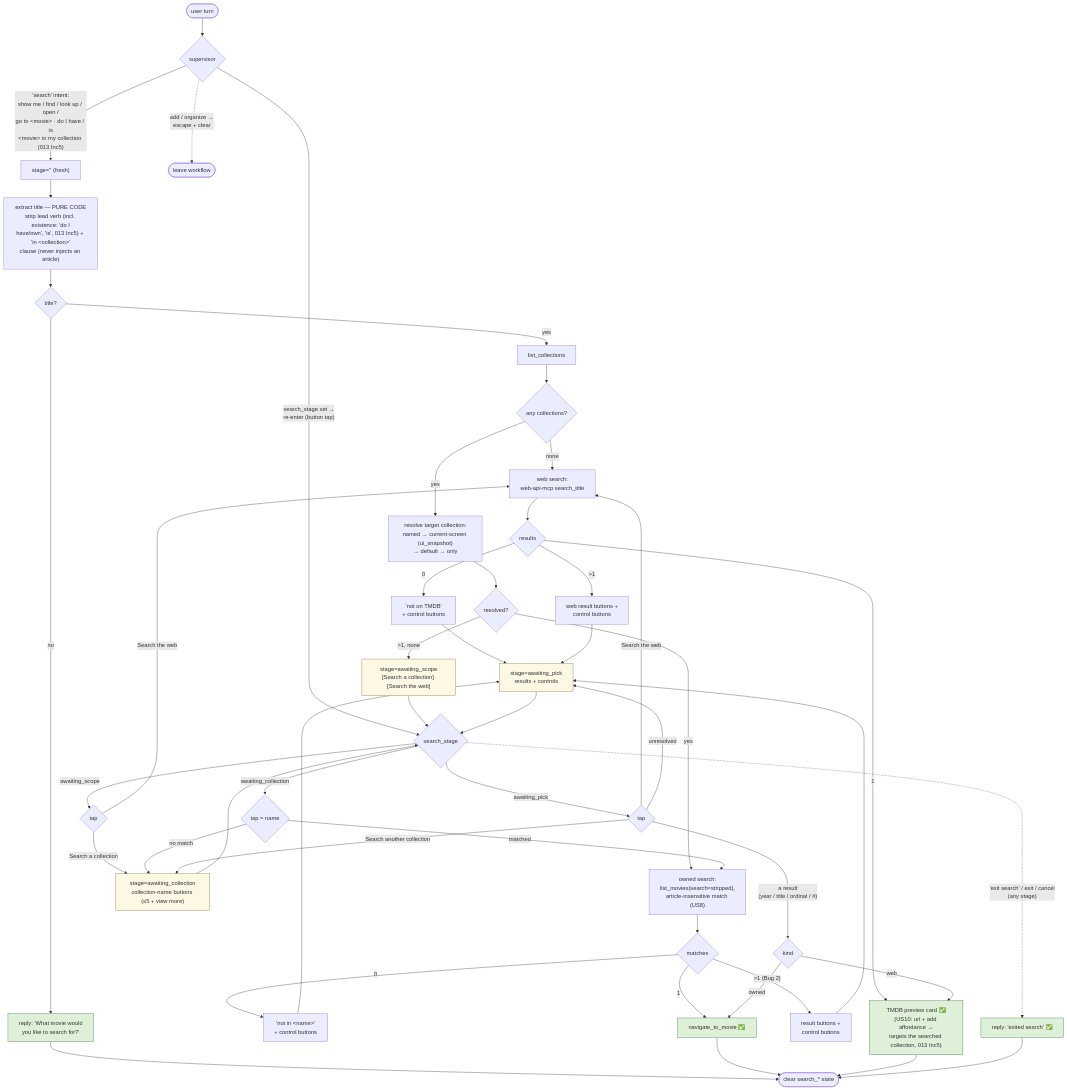
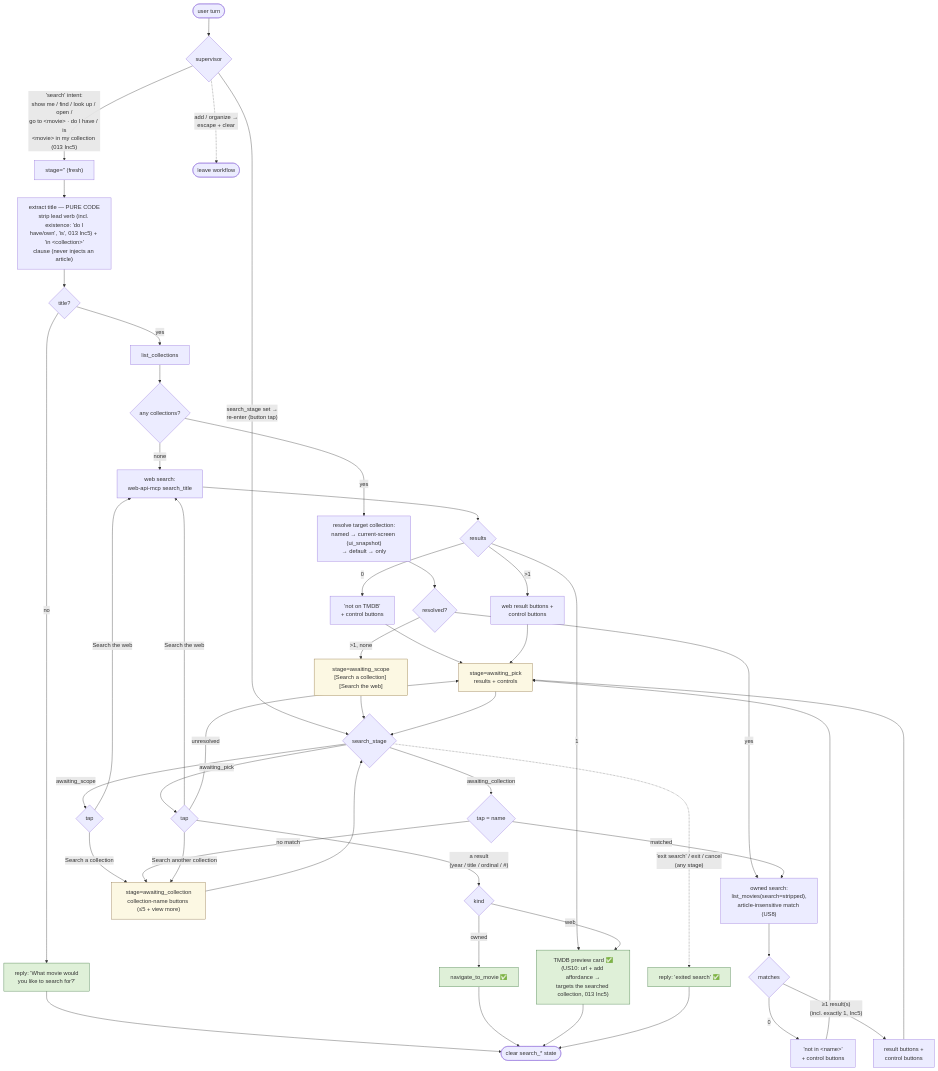
Before and after one commit to jumbleknot/MovieCollectionManager: the diagram in specs/013-post-agent-enhancements/search-workflow-state-machine.md, drawn with Mermaid. The commit also changed other lines of this file and 5 other files, not shown here.

First line of the commit message:
fix(013-inc5): single collection-search result offers a button, not auto-navigate

````diff
--- a/specs/013-post-agent-enhancements/search-workflow-state-machine.md
+++ b/specs/013-post-agent-enhancements/search-workflow-state-machine.md
@@ -23,64 +23,64 @@
 ```mermaid
 flowchart TD
     U([user turn]) --> SUP{supervisor}
     SUP -->|"'search' intent:<br/>show me / find / look up / open /<br/>go to &lt;movie&gt; · do I have / is<br/>&lt;movie&gt; in my collection (013 Inc5)"| FRESH
     SUP -->|"search_stage set →<br/>re-enter (button tap)"| CONT
     SUP -.->|"add / organize →<br/>escape + clear"| ESC([leave workflow])
 
     %% ---------- fresh search ----------
     FRESH["stage='' (fresh)"] --> EX["extract title — PURE CODE<br/>strip lead verb (incl. existence: 'do I<br/>have/own', 'is', 013 Inc5) + 'in &lt;collection&gt;'<br/>clause (never injects an article)"]
     EX --> T{title?}
     T -->|no| ASK["reply: 'What movie would<br/>you like to search for?'"] --> DONE
     T -->|yes| LC[list_collections]
     LC --> Z{any collections?}
     Z -->|none| WEB
     Z -->|yes| RC["resolve target collection:<br/>named → current-screen (ui_snapshot)<br/>→ default → only"]
     RC --> R{resolved?}
     R -->|"yes"| OWNED
     R -->|">1, none"| SCOPE
 
     %% ---------- owned search ----------
     OWNED["owned search:<br/>list_movies(search=stripped),<br/>article-insensitive match (US8)"] --> OC{matches}
     OC -->|0| NONE["'not in &lt;name&gt;'<br/>+ control buttons"] --> PICK
-    OC -->|1| NAV["navigate_to_movie ✅"] --> DONE
-    OC -->|"&gt;1 (Bug 2)"| RES["result buttons +<br/>control buttons"] --> PICK
+    OC -->|"&ge;1 result(s)<br/>(incl. exactly 1, Inc5)"| RES["result buttons +<br/>control buttons"] --> PICK
+    NAV["navigate_to_movie ✅"] --> DONE
 
     %% ---------- web search ----------
     WEB["web search:<br/>web-api-mcp search_title"] --> WCnt{results}
     WCnt -->|0| WNONE["'not on TMDB'<br/>+ control buttons"] --> PICK
     WCnt -->|1| CARD["TMDB preview card ✅<br/>(US10: url + add affordance →<br/>targets the searched collection, 013 Inc5)"] --> DONE
     WCnt -->|"&gt;1"| WRES["web result buttons +<br/>control buttons"] --> PICK
 
     %% ---------- awaiting states ----------
     SCOPE["stage=awaiting_scope<br/>[Search a collection] [Search the web]"]
     COLLB["stage=awaiting_collection<br/>collection-name buttons (≤5 + view more)"]
     PICK["stage=awaiting_pick<br/>results + controls"]
 
     %% ---------- continuation dispatch (a tap posts canonical text) ----------
     CONT{search_stage}
     CONT -->|awaiting_scope| S{tap}
     S -->|Search the web| WEB
     S -->|Search a collection| COLLB
     CONT -->|awaiting_collection| C{tap = name}
     C -->|matched| OWNED
     C -->|no match| COLLB
     CONT -->|awaiting_pick| P{tap}
     P -->|"a result<br/>(year / title / ordinal / #)"| K{kind}
     K -->|owned| NAV
     K -->|web| CARD
     P -->|Search another collection| COLLB
     P -->|Search the web| WEB
     P -->|unresolved| PICK
     CONT -.->|"'exit search' / exit / cancel<br/>(any stage)"| EXIT["reply: 'exited search' ✅"] --> DONE
 
     SCOPE --> CONT
     COLLB --> CONT
     PICK --> CONT
 
     DONE([clear search_* state])
 
     classDef term fill:#dff0d8,stroke:#3c763d;
     classDef stage fill:#fcf8e3,stroke:#8a6d3b;
     class NAV,CARD,EXIT,ASK term;
     class SCOPE,COLLB,PICK stage;
 ```
````
